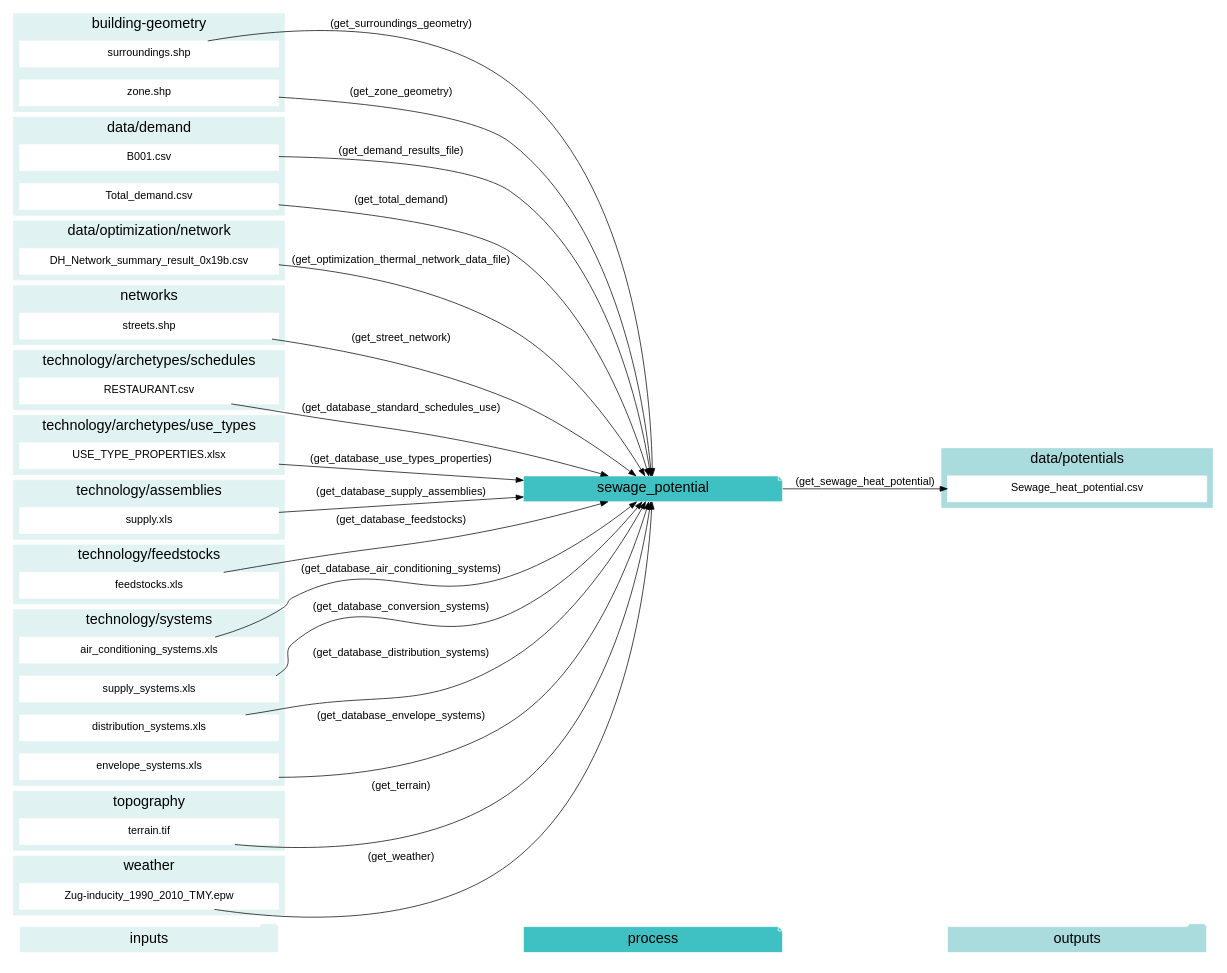
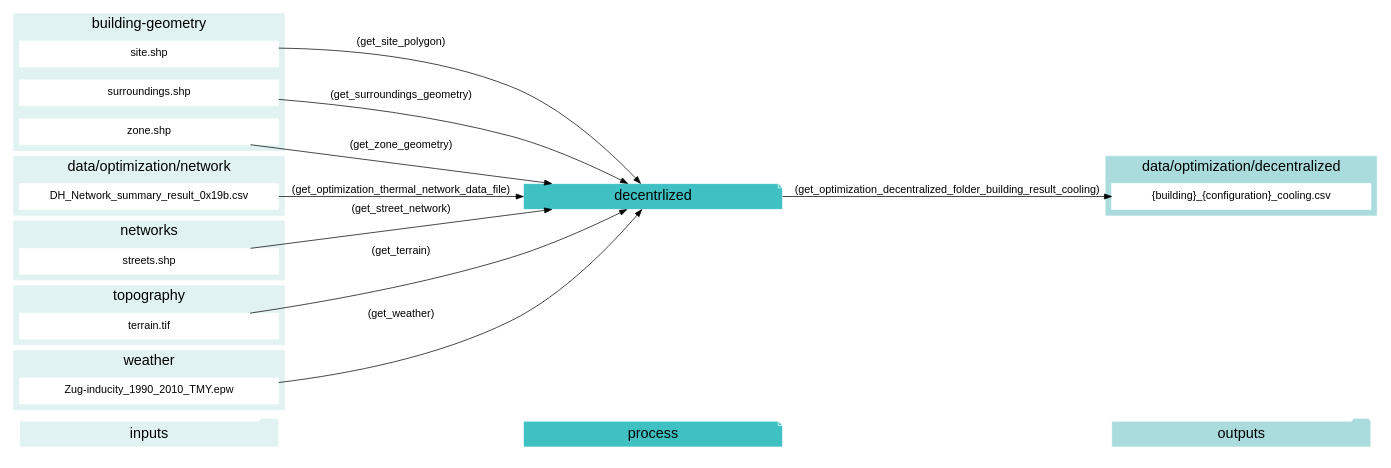
One commit to architecture-building-systems/CityEnergyAnalyst changed diagram 11 of 23 in docs/script-data-flow.rst. Above: the diagram before and after it, drawn with Graphviz. The commit also changed other lines of this file and 24 other files, not shown here.

```diff
--- a/docs/script-data-flow.rst
+++ b/docs/script-data-flow.rst
@@ -1355,24 +1062,24 @@
     "inputs"->"process"[style=invis]
     "process"->"outputs"[style=invis]
     }
-    "sewage_potential"[style=filled, color=white, fillcolor="#3FC0C2", shape=note, fontsize=20, fontname=arial];
+    "decentrlized"[style=filled, color=white, fillcolor="#3FC0C2", shape=note, fontsize=20, fontname=arial];
     subgraph cluster_0_in {
         style = filled;
         color = "#E1F2F2";
         fontsize = 20;
         rank=same;
         label="building-geometry";
+        "site.shp"
         "surroundings.shp"
         "zone.shp"
     }
-    subgraph cluster_1_in {
+    subgraph cluster_1_out {
         style = filled;
-        color = "#E1F2F2";
+        color = "#aadcdd";
         fontsize = 20;
         rank=same;
-        label="data/demand";
-        "B001.csv"
-        "Total_demand.csv"
+        label="data/optimization/decentralized";
+        "{building}_{configuration}_cooling.csv"
     }
     subgraph cluster_2_in {
         style = filled;
@@ -1382,15 +1089,7 @@
         label="data/optimization/network";
         "DH_Network_summary_result_0x19b.csv"
     }
-    subgraph cluster_3_out {
-        style = filled;
-        color = "#aadcdd";
-        fontsize = 20;
-        rank=same;
-        label="data/potentials";
-        "Sewage_heat_potential.csv"
-    }
-    subgraph cluster_4_in {
+    subgraph cluster_3_in {
         style = filled;
         color = "#E1F2F2";
         fontsize = 20;
@@ -1398,50 +1097,7 @@
         label="networks";
         "streets.shp"
     }
-    subgraph cluster_5_in {
-        style = filled;
-        color = "#E1F2F2";
-        fontsize = 20;
-        rank=same;
-        label="technology/archetypes/schedules";
-        "RESTAURANT.csv"
-    }
-    subgraph cluster_6_in {
-        style = filled;
-        color = "#E1F2F2";
-        fontsize = 20;
-        rank=same;
-        label="technology/archetypes/use_types";
-        "USE_TYPE_PROPERTIES.xlsx"
-    }
-    subgraph cluster_7_in {
-        style = filled;
-        color = "#E1F2F2";
-        fontsize = 20;
-        rank=same;
-        label="technology/assemblies";
-        "supply.xls"
-    }
-    subgraph cluster_8_in {
-        style = filled;
-        color = "#E1F2F2";
-        fontsize = 20;
-        rank=same;
-        label="technology/feedstocks";
-        "feedstocks.xls"
-    }
-    subgraph cluster_9_in {
-        style = filled;
-        color = "#E1F2F2";
-        fontsize = 20;
-        rank=same;
-        label="technology/systems";
-        "air_conditioning_systems.xls"
-        "supply_systems.xls"
-        "distribution_systems.xls"
-        "envelope_systems.xls"
-    }
-    subgraph cluster_10_in {
+    subgraph cluster_4_in {
         style = filled;
         color = "#E1F2F2";
         fontsize = 20;
@@ -1449,7 +1105,7 @@
         label="topography";
         "terrain.tif"
     }
-    subgraph cluster_11_in {
+    subgraph cluster_5_in {
         style = filled;
         color = "#E1F2F2";
         fontsize = 20;
@@ -1457,21 +1113,12 @@
         label="weather";
         "Zug-inducity_1990_2010_TMY.epw"
     }
-    "air_conditioning_systems.xls" -> "sewage_potential"[label="(get_database_air_conditioning_systems)"]
-    "supply_systems.xls" -> "sewage_potential"[label="(get_database_conversion_systems)"]
-    "distribution_systems.xls" -> "sewage_potential"[label="(get_database_distribution_systems)"]
-    "envelope_systems.xls" -> "sewage_potential"[label="(get_database_envelope_systems)"]
-    "feedstocks.xls" -> "sewage_potential"[label="(get_database_feedstocks)"]
-    "RESTAURANT.csv" -> "sewage_potential"[label="(get_database_standard_schedules_use)"]
-    "supply.xls" -> "sewage_potential"[label="(get_database_supply_assemblies)"]
-    "USE_TYPE_PROPERTIES.xlsx" -> "sewage_potential"[label="(get_database_use_types_properties)"]
-    "B001.csv" -> "sewage_potential"[label="(get_demand_results_file)"]
-    "DH_Network_summary_result_0x19b.csv" -> "sewage_potential"[label="(get_optimization_thermal_network_data_file)"]
-    "streets.shp" -> "sewage_potential"[label="(get_street_network)"]
-    "surroundings.shp" -> "sewage_potential"[label="(get_surroundings_geometry)"]
-    "terrain.tif" -> "sewage_potential"[label="(get_terrain)"]
-    "Total_demand.csv" -> "sewage_potential"[label="(get_total_demand)"]
-    "Zug-inducity_1990_2010_TMY.epw" -> "sewage_potential"[label="(get_weather)"]
-    "zone.shp" -> "sewage_potential"[label="(get_zone_geometry)"]
-    "sewage_potential" -> "Sewage_heat_potential.csv"[label="(get_sewage_heat_potential)"]
+    "DH_Network_summary_result_0x19b.csv" -> "decentrlized"[label="(get_optimization_thermal_network_data_file)"]
+    "site.shp" -> "decentrlized"[label="(get_site_polygon)"]
+    "streets.shp" -> "decentrlized"[label="(get_street_network)"]
+    "surroundings.shp" -> "decentrlized"[label="(get_surroundings_geometry)"]
+    "terrain.tif" -> "decentrlized"[label="(get_terrain)"]
+    "Zug-inducity_1990_2010_TMY.epw" -> "decentrlized"[label="(get_weather)"]
+    "zone.shp" -> "decentrlized"[label="(get_zone_geometry)"]
+    "decentrlized" -> "{building}_{configuration}_cooling.csv"[label="(get_optimization_decentralized_folder_building_result_cooling)"]
     }
```
